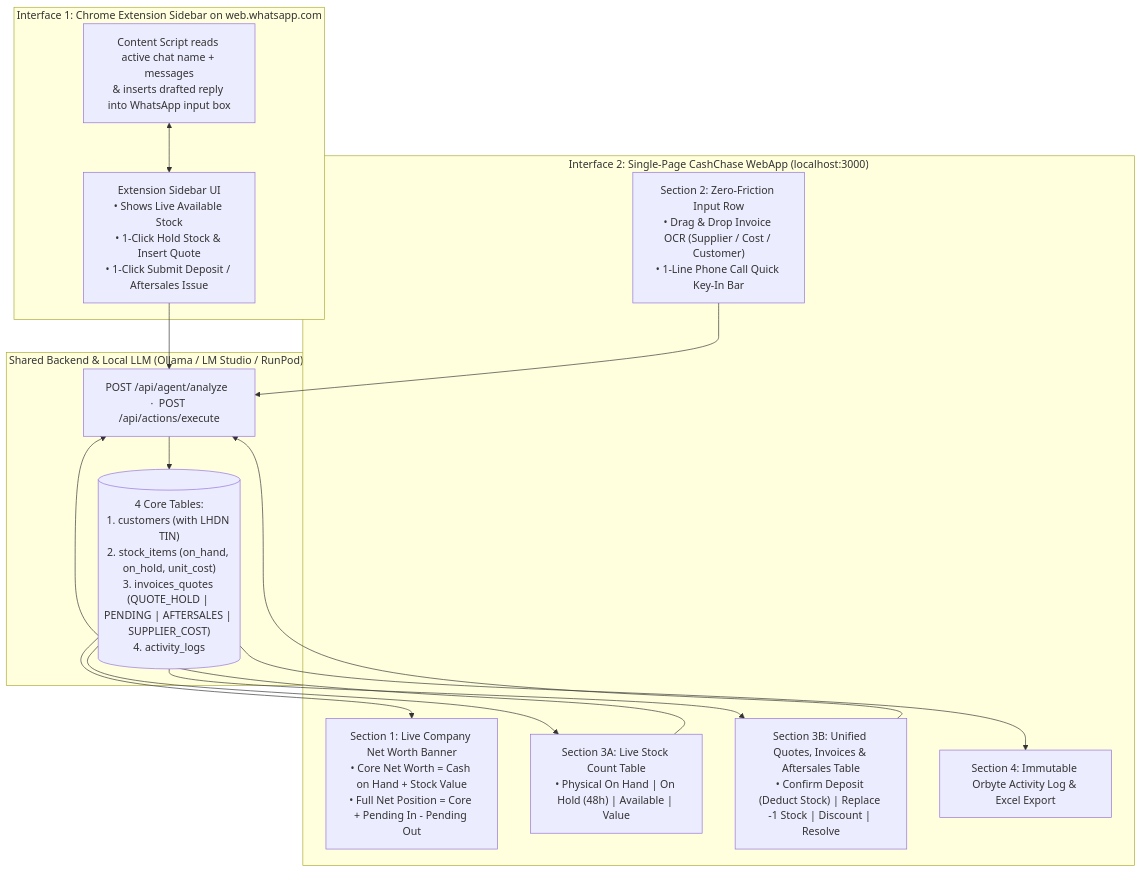
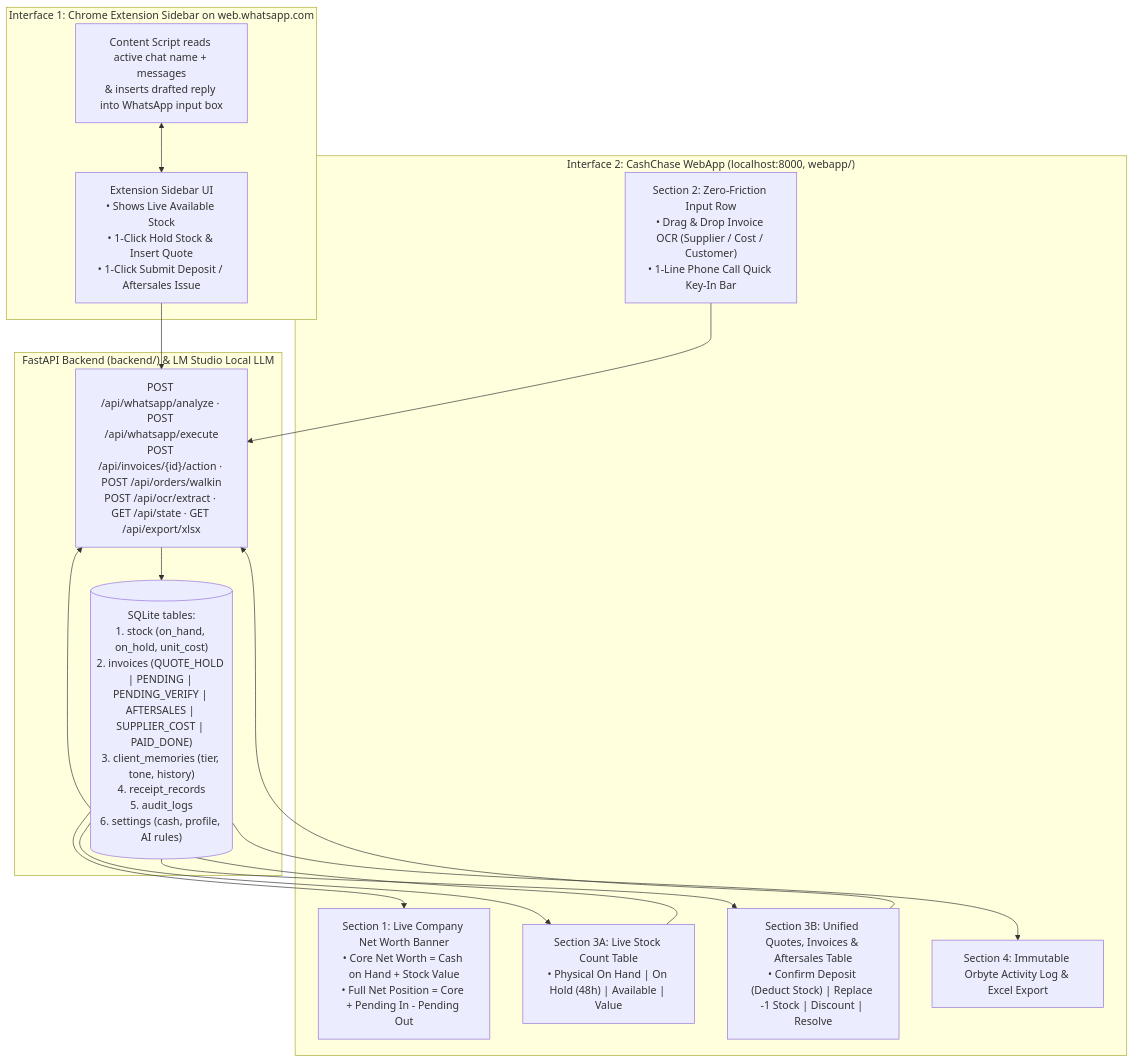
One commit to tiffanyxuan06-png/DealPilot changed the diagram in docs/02_User_Flows_and_Agent_Spec.md. Above: the diagram before and after it, drawn with Mermaid. The commit also changed other lines of this file and 4 other files, not shown here.

````diff
--- a/docs/02_User_Flows_and_Agent_Spec.md
+++ b/docs/02_User_Flows_and_Agent_Spec.md
@@ -11,26 +11,26 @@
 ```mermaid
 flowchart TB
     subgraph WA_EXT["Interface 1: Chrome Extension Sidebar on web.whatsapp.com"]
         DOM["Content Script reads active chat name + messages\n& inserts drafted reply into WhatsApp input box"]
         SIDE["Extension Sidebar UI\n• Shows Live Available Stock\n• 1-Click Hold Stock & Insert Quote\n• 1-Click Submit Deposit / Aftersales Issue"]
         DOM <--> SIDE
     end
 
-    subgraph ONE_PAGE["Interface 2: Single-Page CashChase WebApp (localhost:3000)"]
+    subgraph ONE_PAGE["Interface 2: CashChase WebApp (localhost:8000, webapp/)"]
         NW["Section 1: Live Company Net Worth Banner\n• Core Net Worth = Cash on Hand + Stock Value\n• Full Net Position = Core + Pending In - Pending Out"]
         INP["Section 2: Zero-Friction Input Row\n• Drag & Drop Invoice OCR (Supplier / Cost / Customer)\n• 1-Line Phone Call Quick Key-In Bar"]
         STK["Section 3A: Live Stock Count Table\n• Physical On Hand | On Hold (48h) | Available | Value"]
         INV["Section 3B: Unified Quotes, Invoices & Aftersales Table\n• Confirm Deposit (Deduct Stock) | Replace -1 Stock | Discount | Resolve"]
         LOG["Section 4: Immutable Orbyte Activity Log & Excel Export"]
     end
 
-    subgraph BACKEND["Shared Backend & Local LLM (Ollama / LM Studio / RunPod)"]
-        API["POST /api/agent/analyze  ·  POST /api/actions/execute"]
-        DB[("4 Core Tables:\n1. customers (with LHDN TIN)\n2. stock_items (on_hand, on_hold, unit_cost)\n3. invoices_quotes (QUOTE_HOLD | PENDING | AFTERSALES | SUPPLIER_COST)\n4. activity_logs")]
+    subgraph BACKEND["FastAPI Backend (backend/) & LM Studio Local LLM"]
+        API["POST /api/whatsapp/analyze · POST /api/whatsapp/execute\nPOST /api/invoices/{id}/action · POST /api/orders/walkin\nPOST /api/ocr/extract · GET /api/state · GET /api/export/xlsx"]
+        DB[("SQLite tables:\n1. stock (on_hand, on_hold, unit_cost)\n2. invoices (QUOTE_HOLD | PENDING | PENDING_VERIFY | AFTERSALES | SUPPLIER_COST | PAID_DONE)\n3. client_memories (tier, tone, history)\n4. receipt_records\n5. audit_logs\n6. settings (cash, profile, AI rules)")]
     end
 
     SIDE --> API
     INP & STK & INV --> API
     API --> DB
     DB --> NW & STK & INV & LOG
 ```
````
